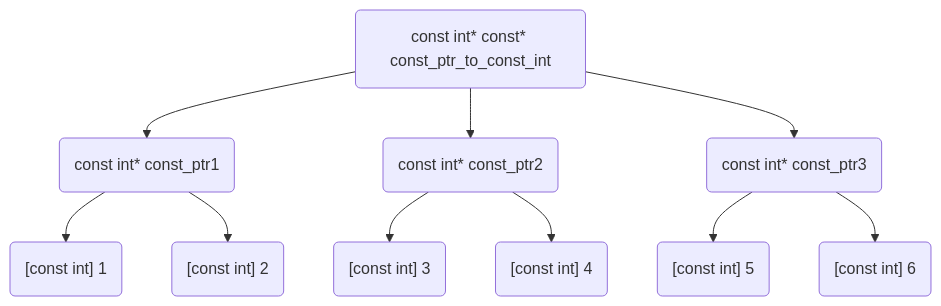
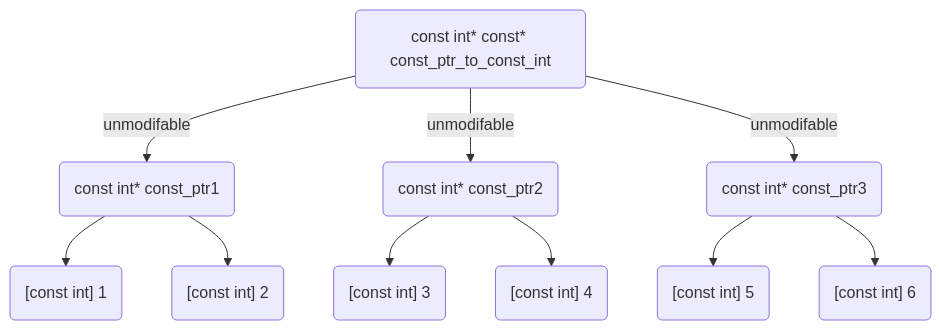
Before and after one commit to YanivGabay/cs-lectures-by-yaniv-gabay: the third of 3 diagrams in ModolarProgramming/Fifth_lesson_DynamicAlloc/visualiztion.md, drawn with Mermaid. The commit also changed other lines of this file, not shown here.

Commit message:
updated the visualiztion

````diff
--- a/ModolarProgramming/Fifth_lesson_DynamicAlloc/visualiztion.md
+++ b/ModolarProgramming/Fifth_lesson_DynamicAlloc/visualiztion.md
@@ -33,14 +33,14 @@
 ```mermaid
 graph TD;
-    constPtrToConstInt("const int* const* const_ptr_to_const_int") --> constPtr1("const int* const_ptr1")
-    constPtrToConstInt --> constPtr2("const int* const_ptr2")
-    constPtrToConstInt --> constPtr3("const int* const_ptr3")
+    constPtrToConstInt("const int* const* const_ptr_to_const_int") --unmodifable--> constPtr1("const int* const_ptr1")
+    constPtrToConstInt --unmodifable--> constPtr2("const int* const_ptr2")
+    constPtrToConstInt--unmodifable-->constPtr3("const int* const_ptr3")
     constPtr1 --> constInt1("[const int] 1")
     constPtr1 --> constInt2("[const int] 2")
     constPtr2 --> constInt3("[const int] 3")
     constPtr2 --> constInt4("[const int] 4")
     constPtr3 --> constInt5("[const int] 5")
     constPtr3 --> constInt6("[const int] 6")
 
 
 ```
````
